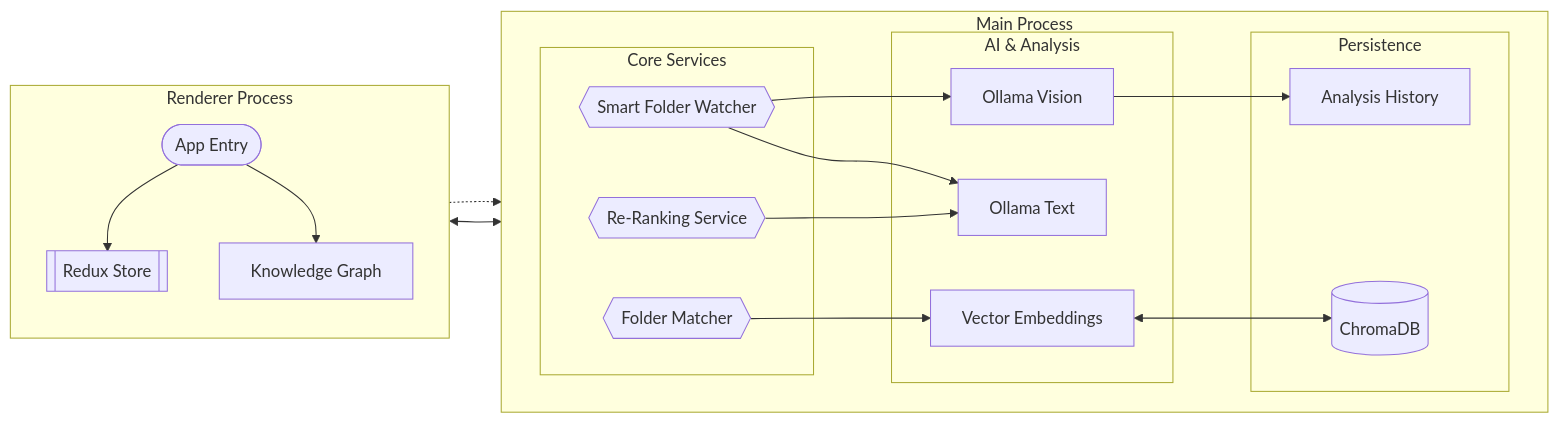
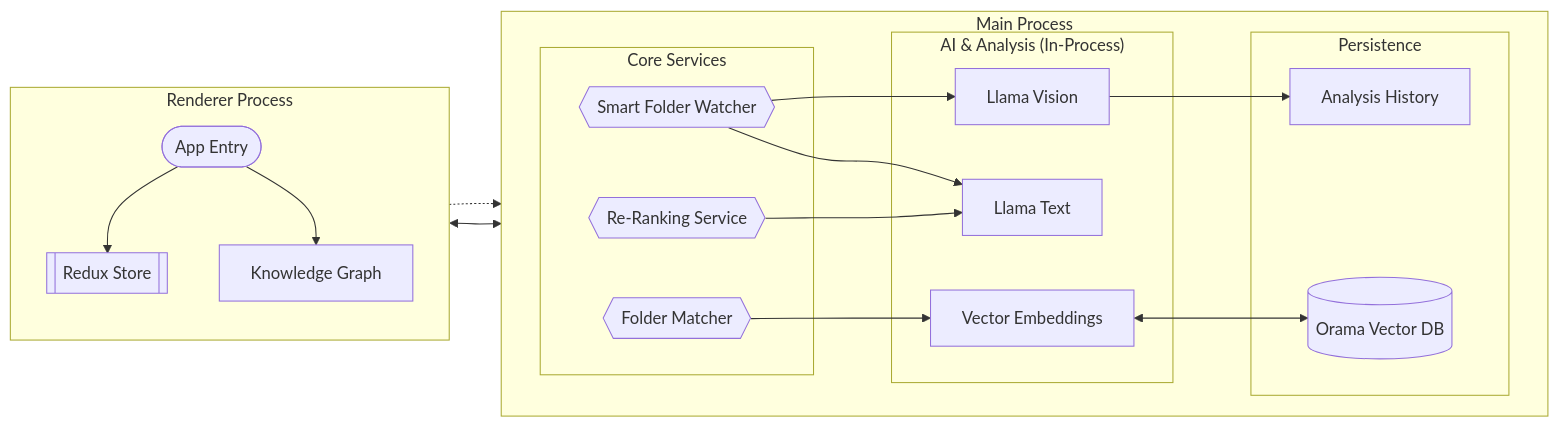
One commit to iLevyTate/elstratosort changed the diagram in docs/ARCHITECTURE.md. Above: the diagram before and after it, drawn with Mermaid. The commit also changed other lines of this file and 17 other files, not shown here.

First line of the commit message:
docs: update documentation for in-process AI architecture

````diff
--- a/docs/ARCHITECTURE.md
+++ b/docs/ARCHITECTURE.md
@@ -25,49 +16,49 @@
 ```mermaid
 graph LR
   classDef frontend fill:#e3f2fd,stroke:#1565c0,stroke-width:2px,color:#0d47a1
   classDef backend fill:#f1f8e9,stroke:#33691e,stroke-width:2px,color:#33691e
   classDef core fill:#eceff1,stroke:#455a64,stroke-width:2px,color:#455a64
   classDef ai fill:#f3e5f5,stroke:#7b1fa2,stroke-width:2px,color:#4a148c
 
   subgraph UI_Layer["Renderer Process"]
     direction TB
     AppEntry([App Entry])
     GraphView["Knowledge Graph"]
     ReduxStore[[Redux Store]]
 
     AppEntry --> ReduxStore
     AppEntry --> GraphView
   end
 
   subgraph Main_Process["Main Process"]
     direction LR
 
     subgraph Services["Core Services"]
       Watcher{{Smart Folder Watcher}}
       ReRanker{{Re-Ranking Service}}
       Matcher{{Folder Matcher}}
     end
 
-    subgraph Intelligence["AI & Analysis"]
-      Vision["Ollama Vision"]
-      LLM["Ollama Text"]
+    subgraph Intelligence["AI & Analysis (In-Process)"]
+      Vision["Llama Vision"]
+      LLM["Llama Text"]
       Embeddings["Vector Embeddings"]
 
       Watcher --> Vision
       Watcher --> LLM
       ReRanker --> LLM
     end
 
     subgraph Data["Persistence"]
-      ChromaDB[(ChromaDB)]
+      Orama[(Orama Vector DB)]
       History["Analysis History"]
 
-      Embeddings <--> ChromaDB
+      Embeddings <--> Orama
       Vision --> History
     end
   end
 
   ReduxStore <--> Services
-  GraphView -.-> ChromaDB
+  GraphView -.-> Orama
   Matcher --> Embeddings
 ```
````
